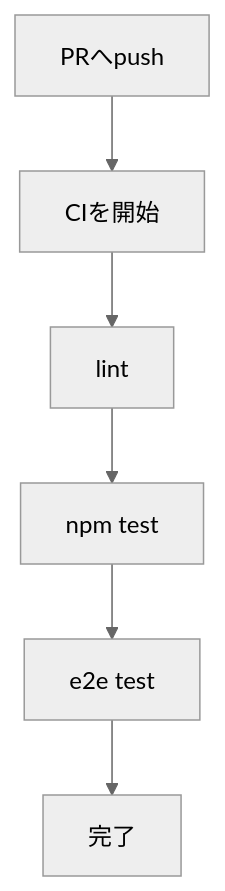
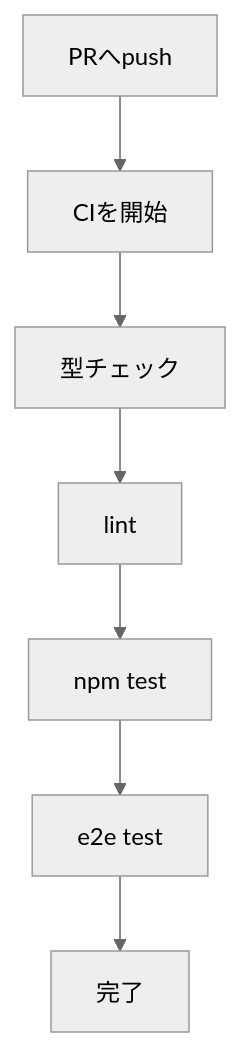
The first of 2 diagrams in docs/design/ci.md (yuuya-1205/selfsketch-web), drawn with Mermaid (neutral theme) before and after one commit. The commit also changed other lines of this file and 1 other file, not shown here.

Commit message:
docs: 型チェックについて記載

````diff
--- a/docs/design/ci.md
+++ b/docs/design/ci.md
@@ -17,8 +18,9 @@
 ```mermaid
 flowchart TD
   A[PRへpush] --> B[CIを開始]
-  B --> C[lint]
-  C --> D[npm test]
-  D --> E[e2e test]
-  E --> F[完了]
+  B --> C[型チェック]
+  C --> D[lint]
+  D --> E[npm test]
+  E --> F[e2e test]
+  F --> G[完了]
 ```
````
